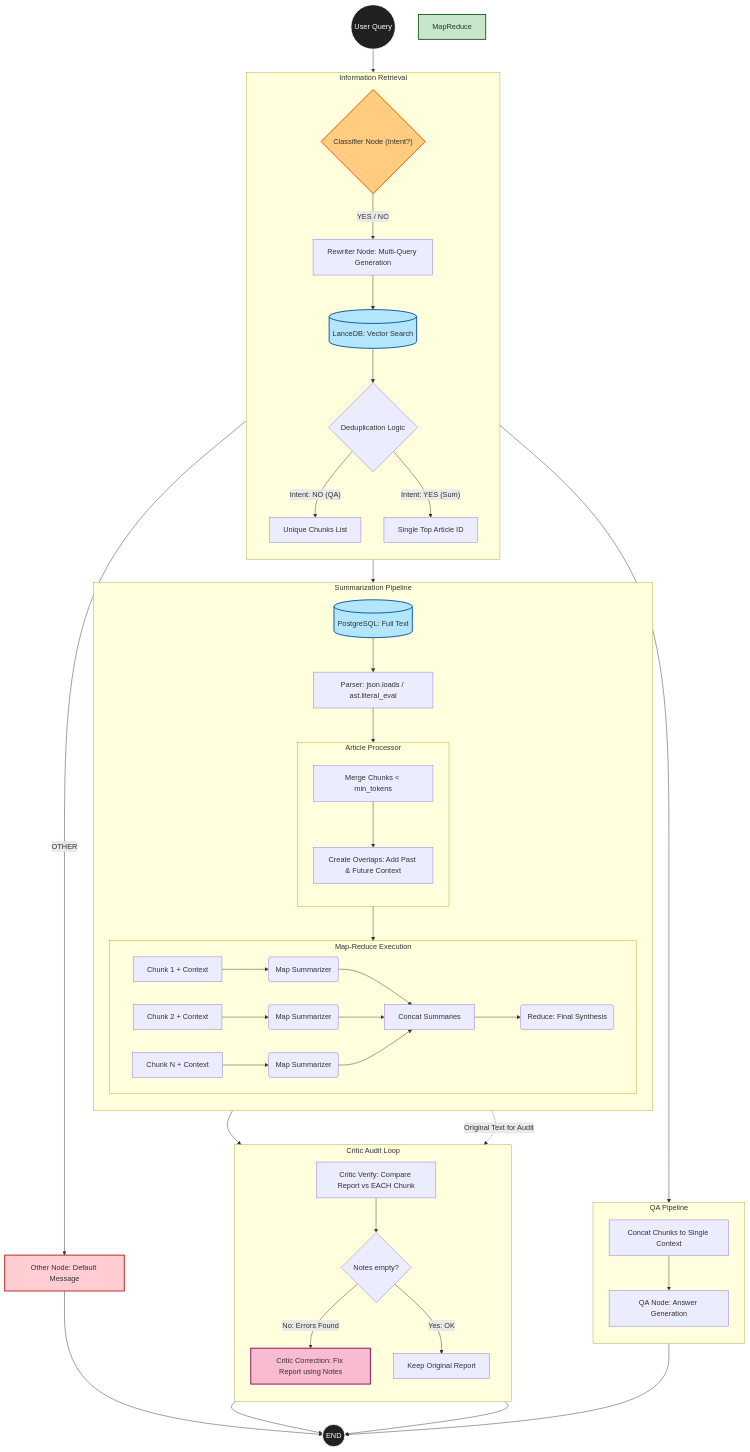
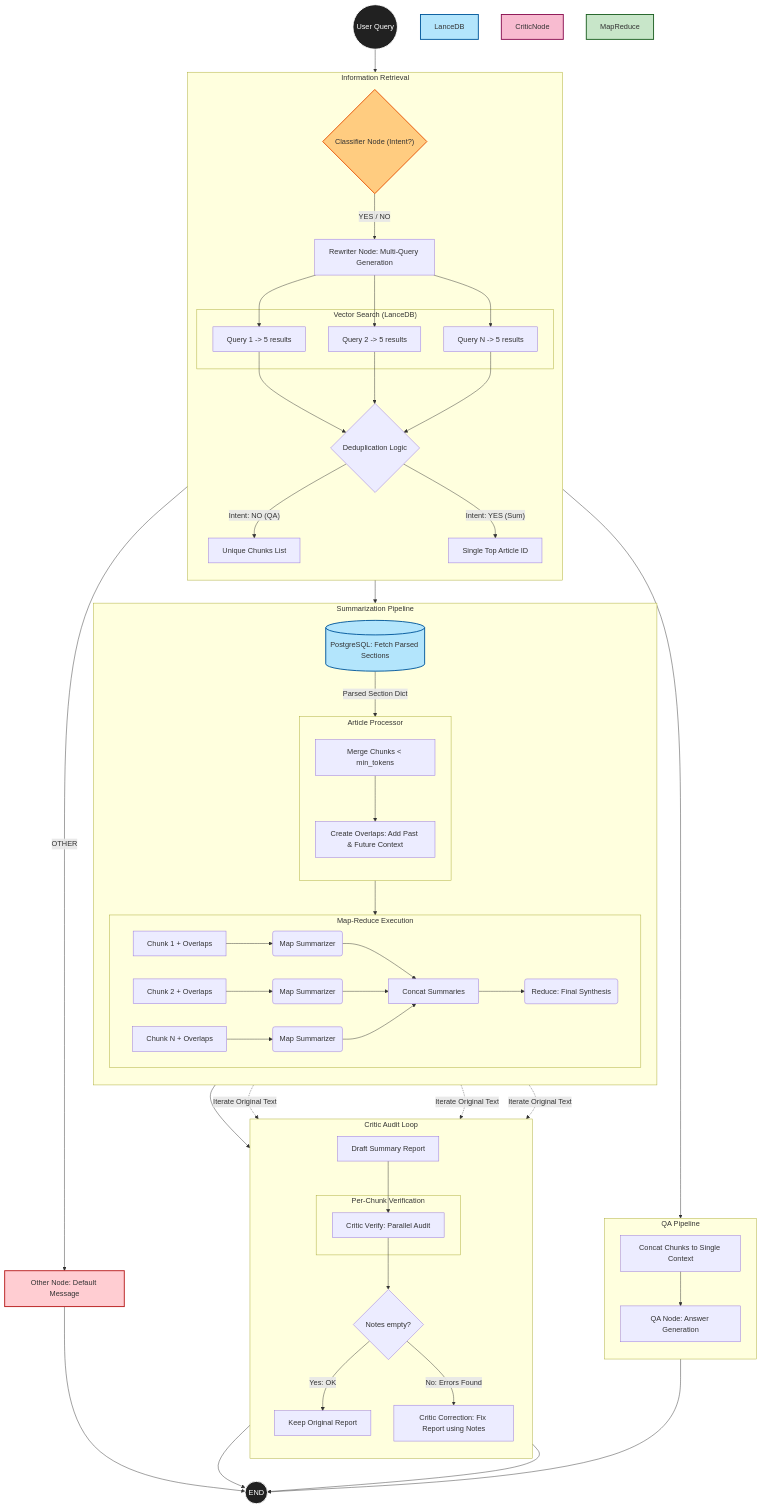
One commit to fluloeo/ArxivArticlesResearchAgent changed the second of 2 diagrams in README.md. Above: the diagram before and after it, drawn with Mermaid.

```diff
--- a/README.md
+++ b/README.md
@@ -127,7 +127,7 @@
     style Other fill:#ffcdd2,stroke:#b71c1c,stroke-width:2px
     style LanceDB fill:#b3e5fc,stroke:#01579b,stroke-width:2px
     style PostgreSQL fill:#b3e5fc,stroke:#01579b,stroke-width:2px
-    style CriticCorrect fill:#f8bbd0,stroke:#880e4f,stroke-width:2px
+    style CriticNode fill:#f8bbd0,stroke:#880e4f,stroke-width:2px
     style MapReduce fill:#c8e6c9,stroke:#1b5e20,stroke-width:2px
 
     %% ================= ВХОД И РОУТИНГ =================
@@ -139,12 +139,18 @@
     subgraph Information_Retrieval ["Information Retrieval"]
         direction TB
         Rewriter["Rewriter Node: Multi-Query Generation"]
-        LanceDB[("LanceDB: Vector Search")]
+        
+        subgraph Vector_Search ["Vector Search (LanceDB)"]
+            Q1["Query 1 -> 5 results"]
+            Q2["Query 2 -> 5 results"]
+            QN["Query N -> 5 results"]
+        end
+
         Dedup{"Deduplication Logic"}
         
         Classifier -->|"YES / NO"| Rewriter
-        Rewriter --> LanceDB
-        LanceDB --> Dedup
+        Rewriter --> Q1 & Q2 & QN
+        Q1 & Q2 & QN --> Dedup
         
         Dedup -->|"Intent: NO (QA)"| DocsQA["Unique Chunks List"]
         Dedup -->|"Intent: YES (Sum)"| TopDoc["Single Top Article ID"]
@@ -163,10 +169,7 @@
     %% ================= ВЕТКА СУММАРИЗАЦИИ =================
     subgraph Summarization_Pipeline ["Summarization Pipeline"]
         direction TB
-        PostgreSQL[("PostgreSQL: Full Text")]
-        Parse["Parser: json.loads / ast.literal_eval"]
-        
-        TopDoc --> PostgreSQL --> Parse
+        PostgreSQL[("PostgreSQL: Fetch Parsed Sections")]
         
         subgraph Article_Processor ["Article Processor"]
             direction TB
@@ -174,13 +177,15 @@
             Overlaps["Create Overlaps: Add Past & Future Context"]
             Merge --> Overlaps
         end
-        Parse --> Merge
+
+        TopDoc --> PostgreSQL
+        PostgreSQL -->|"Parsed Section Dict"| Merge
         
         subgraph Map_Reduce_Phase ["Map-Reduce Execution"]
             direction LR
-            C1["Chunk 1 + Context"] --> M1("Map Summarizer")
-            C2["Chunk 2 + Context"] --> M2("Map Summarizer")
-            CN["Chunk N + Context"] --> MN("Map Summarizer")
+            C1["Chunk 1 + Overlaps"] --> M1("Map Summarizer")
+            C2["Chunk 2 + Overlaps"] --> M2("Map Summarizer")
+            CN["Chunk N + Overlaps"] --> MN("Map Summarizer")
             
             M1 & M2 & MN --> Join["Concat Summaries"] --> Reduce("Reduce: Final Synthesis")
         end
@@ -190,12 +195,20 @@
     %% ================= ВЕТКА КРИТИКА =================
     subgraph Critic_Audit_Loop ["Critic Audit Loop"]
         direction TB
-        Verify["Critic Verify: Compare Report vs EACH Chunk"]
+        Draft["Draft Summary Report"]
+        
+        subgraph Per_Chunk_Verification ["Per-Chunk Verification"]
+            Verify["Critic Verify: Parallel Audit"]
+        end
+
         CheckErrors{"Notes empty?"}
         CriticCorrect["Critic Correction: Fix Report using Notes"]
         
-        Reduce --> Verify
-        Overlaps -.->|"Original Text for Audit"| Verify 
+        Reduce --> Draft
+        Draft --> Verify
+        
+        %% Показываем, что оригинальные чанки подаются в критика поштучно
+        C1 & C2 & CN -.->|"Iterate Original Text"| Verify 
         
         Verify --> CheckErrors
         CheckErrors -->|"Yes: OK"| FinalOk["Keep Original Report"]
```
